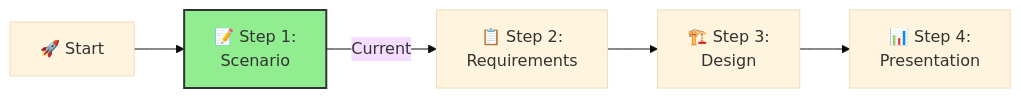
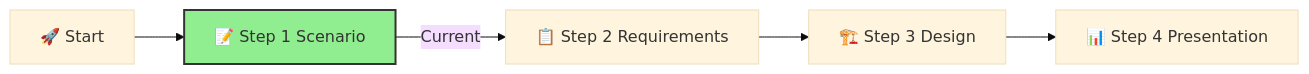
The diagram in docs/03-aihub/ifs-aihub-step1-scenario.md (briandenicola/xlr8-e2eaisolutions), drawn with Mermaid (base theme) before and after one commit. The commit also changed other lines of this file and 17 other files, not shown here.

````diff
--- a/docs/03-aihub/ifs-aihub-step1-scenario.md
+++ b/docs/03-aihub/ifs-aihub-step1-scenario.md
@@ -21,8 +25,8 @@
 ```mermaid
 flowchart LR
-    A[🚀 Start] --> B[📝 Step 1:\nScenario]
-    B -->|Current| C[📋 Step 2:\nRequirements]
-    C --> D[🏗️ Step 3:\nDesign]
-    D --> E[📊 Step 4:\nPresentation]
+    A[🚀 Start] --> B[📝 Step 1 Scenario]
+    B -->|Current| C[📋 Step 2 Requirements]
+    C --> D[🏗️ Step 3 Design]
+    D --> E[📊 Step 4 Presentation]
     style B fill:#90EE90,stroke:#333,stroke-width:2px
 ```
````
